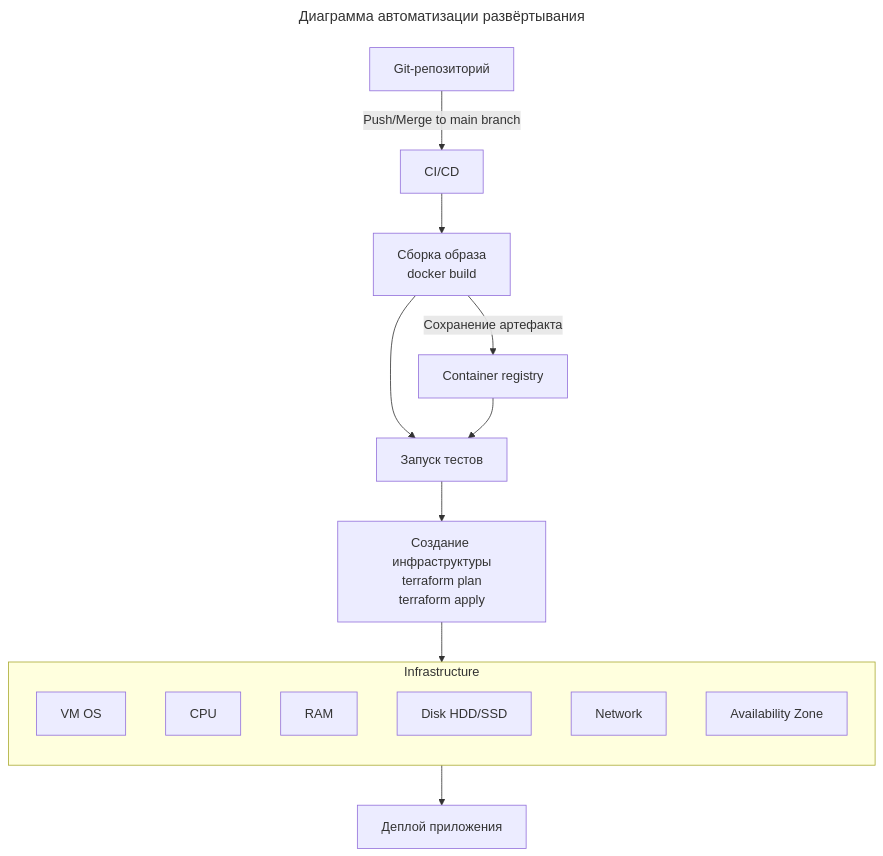
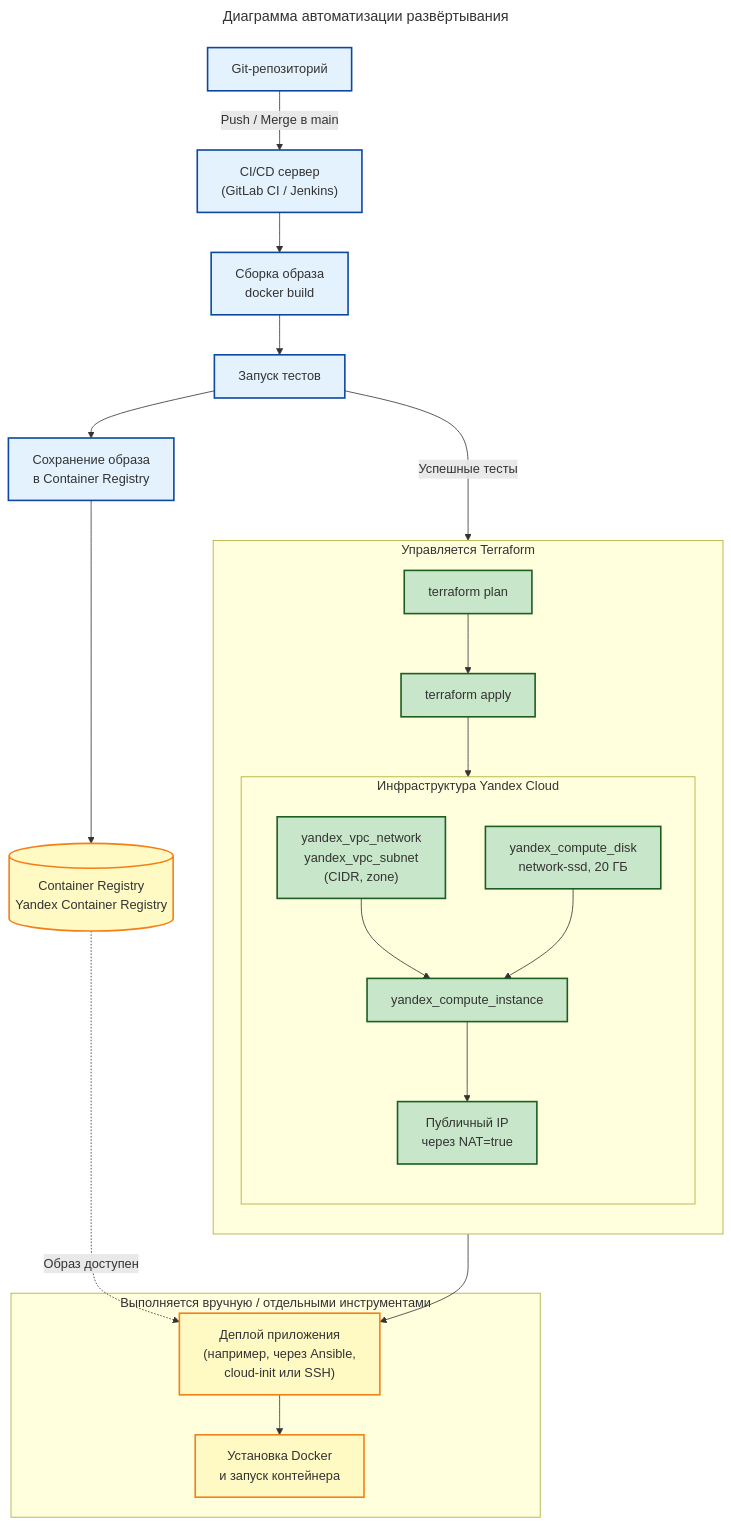
Before and after one commit to mrtxee/architecture-future_2_0: the diagram in Task4/justification.md, drawn with Mermaid. The commit also changed other lines of this file and 11 other files, not shown here.

````diff
--- a/Task4/justification.md
+++ b/Task4/justification.md
@@ -4,34 +4,60 @@
 ```mermaid
 ---
 title: Диаграмма автоматизации развёртывания
 ---
 flowchart TD
+    A[Git-репозиторий]:::cicd
+    B["CI/CD сервер<br/>(GitLab CI / Jenkins)"]:::cicd
+    C[Сборка образа<br/>docker build]:::cicd
+    D[Запуск тестов]:::cicd
+    E[Сохранение образа<br/>в Container Registry]:::cicd
 
-    A[Git-репозиторий]:::node
-    B[CI/CD]:::node
-    C[Сборка образа<br/>docker build]:::node
-    D[Запуск тестов]:::node
-    E[Создание инфраструктуры<br/>terraform plan<br/>terraform apply]:::node
-    F[Деплой приложения]:::node
+    A -->|Push / Merge в main| B
+    B --> C
+    C --> D
+    D --> E
 
-    subgraph Infrastructure
+    Registry[(Container Registry<br/>Yandex Container Registry)]:::manual
+
+    E --> Registry
+
+    subgraph Terraform_Managed ["Управляется Terraform"]
         direction TB
-        G[VM OS]:::infra
-        H[CPU]:::infra
-        I[RAM]:::infra
-        J[Disk HDD/SSD]:::infra
-        K[Network]:::infra
-        L[Availability Zone]:::infra
+        TF_Plan[terraform plan]:::tf
+        TF_Apply[terraform apply]:::tf
+
+        subgraph Infrastructure ["Инфраструктура Yandex Cloud"]
+            direction TB
+            Subnet["yandex_vpc_network<br>yandex_vpc_subnet<br/>(CIDR, zone)"]:::tf
+            Disk[yandex_compute_disk<br/>network-ssd, 20 ГБ]:::tf
+            VM[yandex_compute_instance]:::tf
+            PublicIP[Публичный IP<br/>через NAT=true]:::tf
+
+            Subnet --> VM
+            Disk --> VM
+            VM --> PublicIP
+        end
     end
 
-    M[Container registry]:::node
+    D -->|Успешные тесты| TF_Plan
+    TF_Plan --> TF_Apply
+    TF_Apply --> Infrastructure
 
-    A -->|Push/Merge to main branch| B
-    B --> C
-    C -->|Сохранение артефакта| M
-    C --> D
-    M --> D
-    D --> E
-    E --> Infrastructure
-    Infrastructure --> F
+    subgraph Manual_Steps ["Выполняется вручную / отдельными инструментами"]
+        Deploy["Деплой приложения<br/>(например, через Ansible,<br/>cloud-init или SSH)"]:::manual
+        DockerSetup[Установка Docker<br/>и запуск контейнера]:::manual
+    end
+
+    Registry -.->|Образ доступен| Deploy
+    Infrastructure --> Deploy
+    Deploy --> DockerSetup
+
+    classDef cicd fill:#e3f2fd,stroke:#0d47a1,stroke-width:2px
+    classDef tf fill:#c8e6c9,stroke:#1b5e20,stroke-width:2px
+    classDef manual fill:#fff9c4,stroke:#f57f17,stroke-width:2px
+    classDef infra fill:#d1c4e9,stroke:#311b92
+
+    class A,B,C,D,E cicd
+    class TF_Plan,TF_Apply,Net,Subnet,Disk,VM,PublicIP tf
+    class Registry,Deploy,DockerSetup manual
 ```
````
